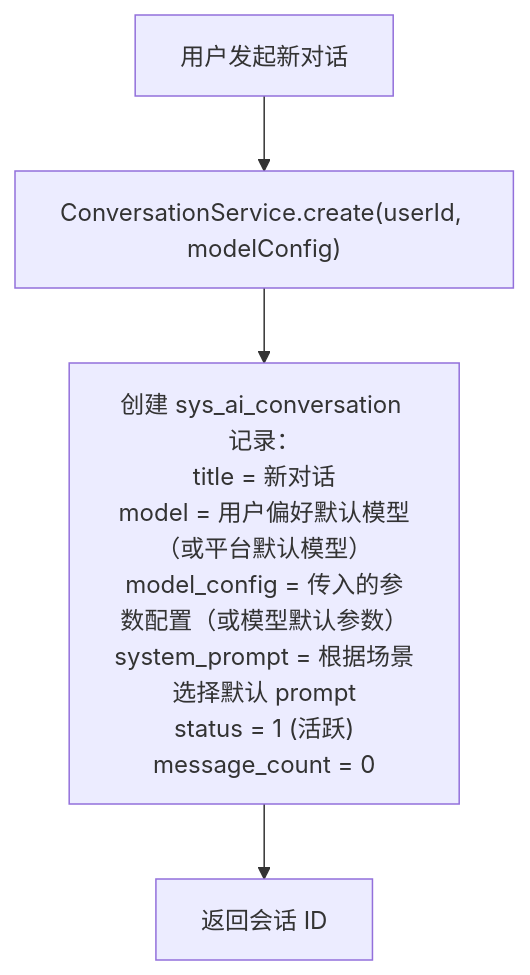
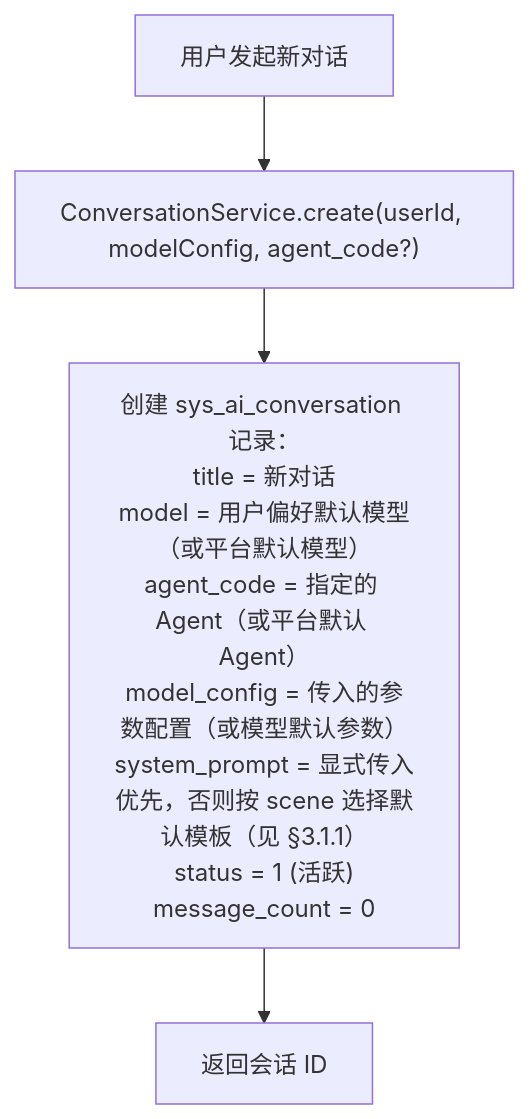
Before and after one commit to earthy-zinc/dehaze-system: the first of 3 diagrams in dehaze-doc/docs/03-模块设计/核心模块/AI对话/后端实现-会话与消息.md, drawn with Mermaid. The commit also changed other lines of this file and 126 other files, not shown here.

````diff
--- a/dehaze-doc/docs/03-模块设计/核心模块/AI对话/后端实现-会话与消息.md
+++ b/dehaze-doc/docs/03-模块设计/核心模块/AI对话/后端实现-会话与消息.md
@@ -30,6 +69,6 @@
 ```mermaid
 flowchart TD
-    A["用户发起新对话"] --> B["ConversationService.create(userId, modelConfig)"]
-    B --> C["创建 sys_ai_conversation 记录：<br/>title = 新对话<br/>model = 用户偏好默认模型（或平台默认模型）<br/>model_config = 传入的参数配置（或模型默认参数）<br/>system_prompt = 根据场景选择默认 prompt<br/>status = 1 (活跃)<br/>message_count = 0"]
+    A["用户发起新对话"] --> B["ConversationService.create(userId, modelConfig, agent_code?)"]
+    B --> C["创建 sys_ai_conversation 记录：<br/>title = 新对话<br/>model = 用户偏好默认模型（或平台默认模型）<br/>agent_code = 指定的 Agent（或平台默认 Agent）<br/>model_config = 传入的参数配置（或模型默认参数）<br/>system_prompt = 显式传入优先，否则按 scene 选择默认模板（见 §3.1.1）<br/>status = 1 (活跃)<br/>message_count = 0"]
     C --> D["返回会话 ID"]
 ```
````
